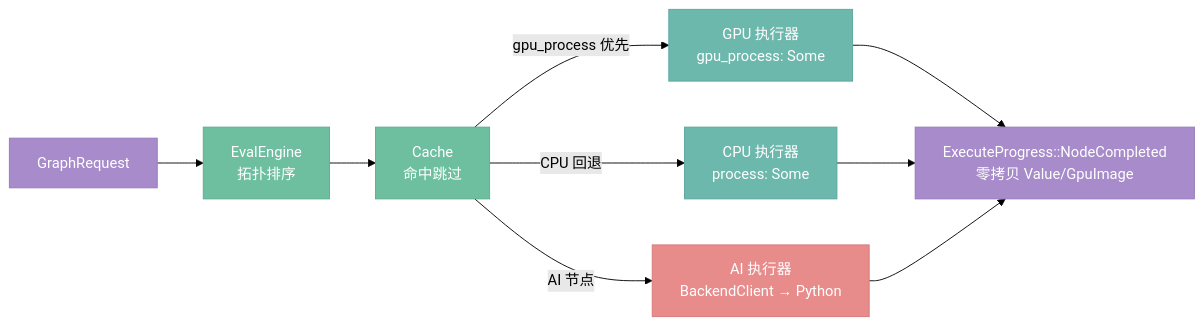
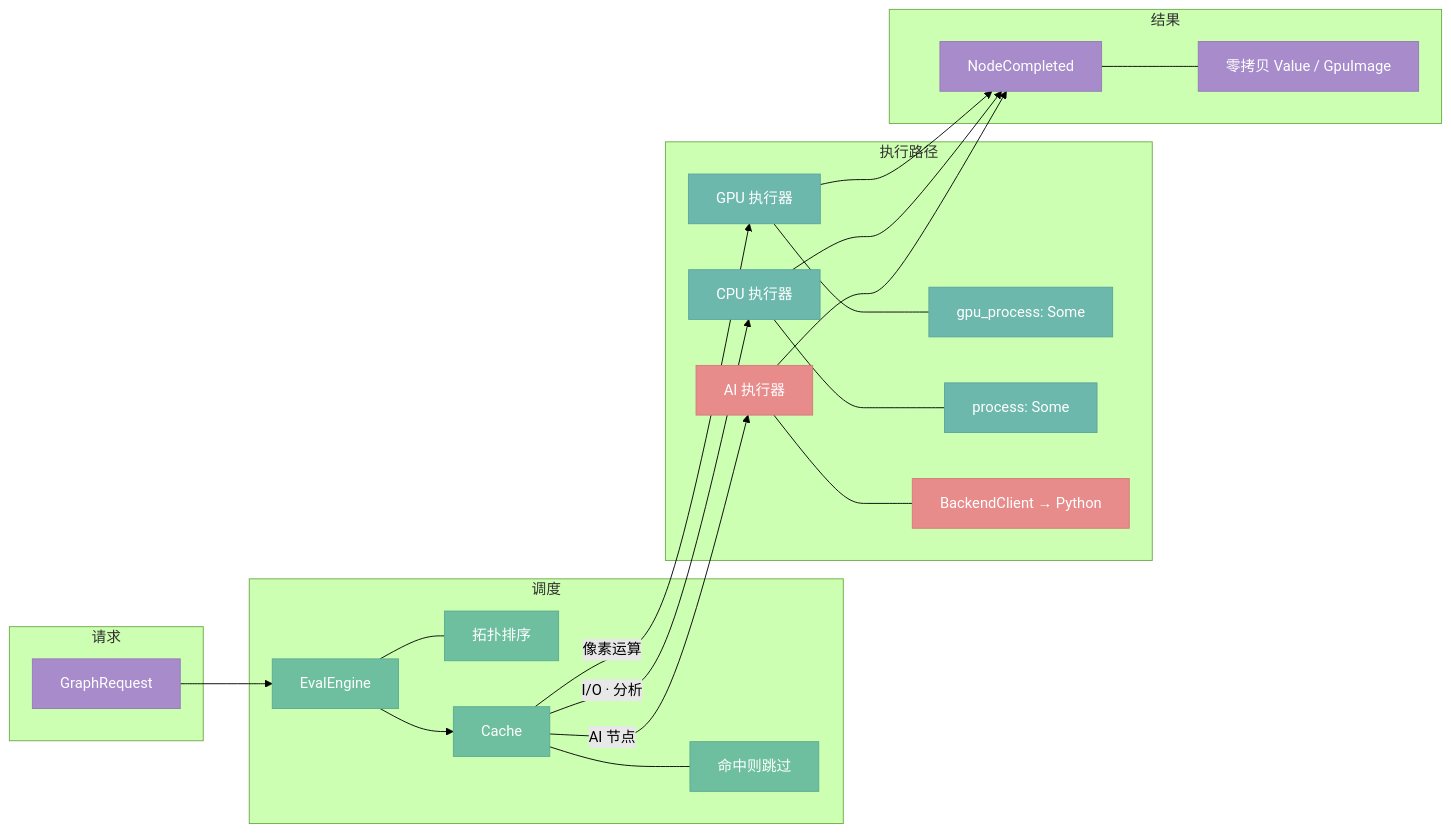
One commit to aporicho/nodeimg changed the second of 3 diagrams in docs/target/04-transport.md. Above: the diagram before and after it, drawn with Mermaid (forest theme). The commit also changed other lines of this file and 18 other files, not shown here.

Commit message:
docs(target): v0 文档更新 + drawio 架构图

````diff
--- a/docs/target/04-transport.md
+++ b/docs/target/04-transport.md
@@ -100,27 +118,49 @@
 ```mermaid
 flowchart LR
     classDef transport fill:#A78BCA,stroke:#9579B8,color:#fff
     classDef service fill:#6DBFA0,stroke:#5BAD8E,color:#fff
     classDef compute fill:#6DB8AD,stroke:#5BA69B,color:#fff
     classDef ai fill:#E88B8B,stroke:#D67979,color:#fff
 
-    REQ["GraphRequest"]:::transport
-    TOPO["EvalEngine\n拓扑排序"]:::service
-    CACHE["Cache\n命中跳过"]:::service
+    subgraph REQ_PHASE["请求"]
+        REQ["GraphRequest"]:::transport
+    end
+
+    subgraph DISPATCH["调度"]
+        TOPO["EvalEngine"]:::service
+        TOPO_DESC["拓扑排序"]:::service
+        CACHE["Cache"]:::service
+        CACHE_DESC["命中则跳过"]:::service
+    end
 
     REQ --> TOPO --> CACHE
+    TOPO --- TOPO_DESC
+    CACHE --- CACHE_DESC
 
-    GPU["GPU 执行器\ngpu_process: Some"]:::compute
-    CPU["CPU 执行器\nprocess: Some"]:::compute
-    AI["AI 执行器\nBackendClient → Python"]:::ai
+    subgraph EXEC["执行路径"]
+        GPU["GPU 执行器"]:::compute
+        GPU_DESC["gpu_process: Some"]:::compute
+        CPU["CPU 执行器"]:::compute
+        CPU_DESC["process: Some"]:::compute
+        AI["AI 执行器"]:::ai
+        AI_DESC["BackendClient → Python"]:::ai
+    end
 
-    CACHE -->|"gpu_process 优先"| GPU
-    CACHE -->|"CPU 回退"| CPU
+    CACHE -->|"像素运算"| GPU
+    CACHE -->|"I/O · 分析"| CPU
     CACHE -->|"AI 节点"| AI
 
-    RESULT["ExecuteProgress::NodeCompleted\n零拷贝 Value/GpuImage"]:::transport
+    GPU --- GPU_DESC
+    CPU --- CPU_DESC
+    AI --- AI_DESC
+
+    subgraph RES["结果"]
+        RESULT["NodeCompleted"]:::transport
+        RESULT_DESC["零拷贝 Value / GpuImage"]:::transport
+    end
 
     GPU --> RESULT
     CPU --> RESULT
     AI --> RESULT
+    RESULT --- RESULT_DESC
 ```
````
